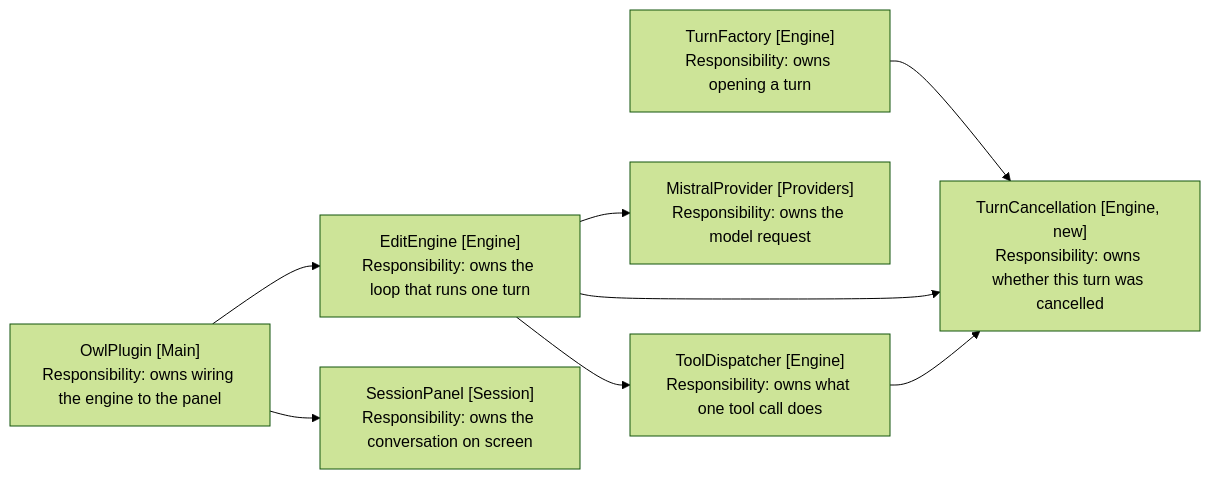
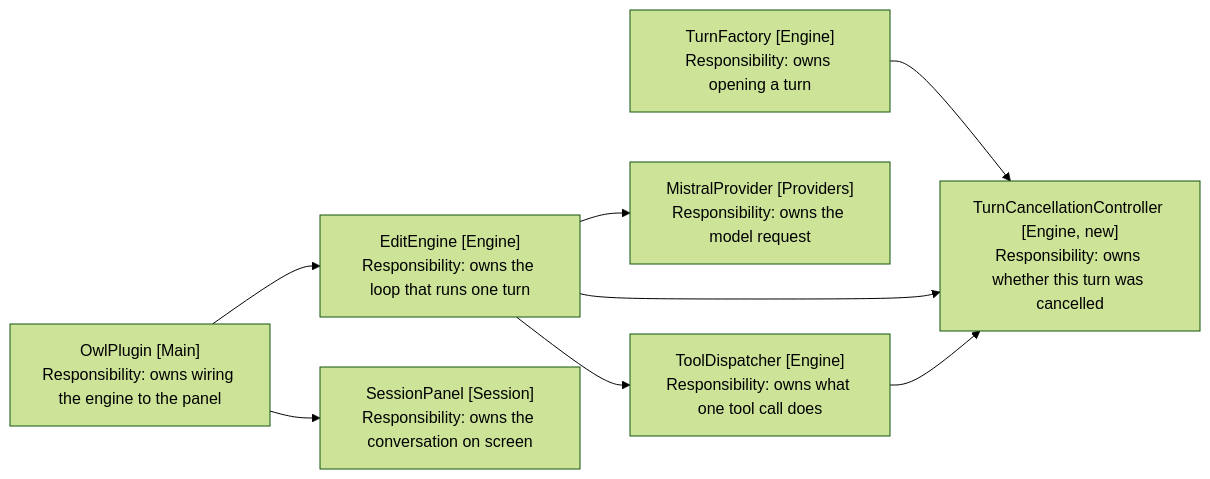
Before and after one commit to iparips/obsidian-owl: the first of 2 diagrams in docs/spec/8-cancelling-a-turn/3-component-design.md, drawn with Mermaid (forest theme). The commit also changed other lines of this file and 49 other files, not shown here.

````diff
--- a/docs/spec/8-cancelling-a-turn/3-component-design.md
+++ b/docs/spec/8-cancelling-a-turn/3-component-design.md
@@ -51,18 +51,18 @@
 ```mermaid
 flowchart LR
     Engine["EditEngine [Engine]<br/>Responsibility: owns the loop that runs one turn"]
-    Cancellation["TurnCancellation [Engine, new]<br/>Responsibility: owns whether this turn was cancelled"]
+    Cancellation["TurnCancellationController [Engine, new]<br/>Responsibility: owns whether this turn was cancelled"]
     Factory["TurnFactory [Engine]<br/>Responsibility: owns opening a turn"]
     Provider["MistralProvider [Providers]<br/>Responsibility: owns the model request"]
     Dispatcher["ToolDispatcher [Engine]<br/>Responsibility: owns what one tool call does"]
     Panel["SessionPanel [Session]<br/>Responsibility: owns the conversation on screen"]
     Main["OwlPlugin [Main]<br/>Responsibility: owns wiring the engine to the panel"]
 
     Factory --> Cancellation
     Engine --> Cancellation
     Engine --> Provider
     Engine --> Dispatcher
     Dispatcher --> Cancellation
     Main --> Panel
     Main --> Engine
 ```
````
